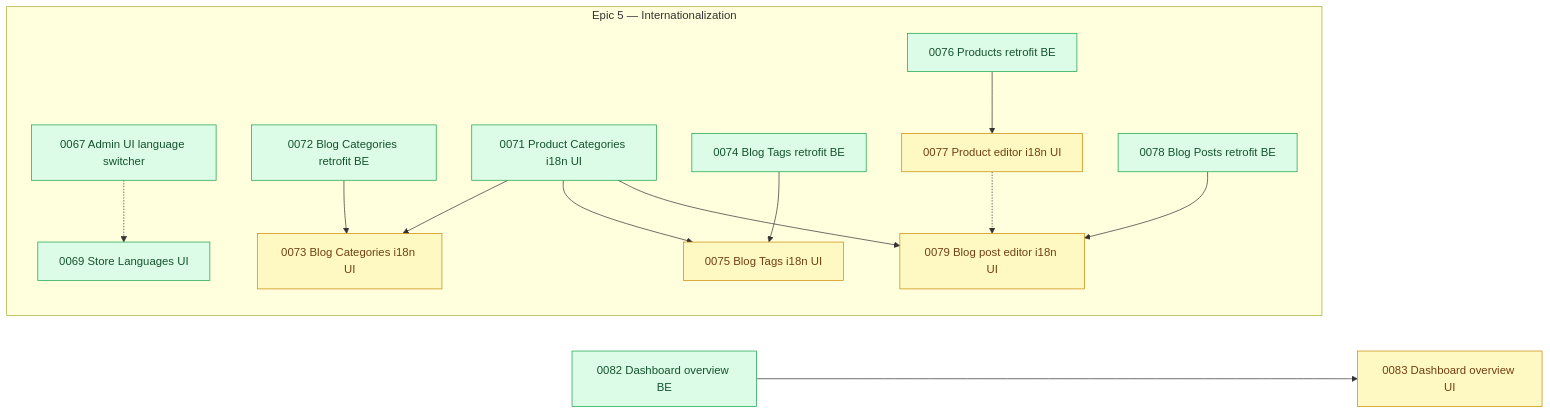
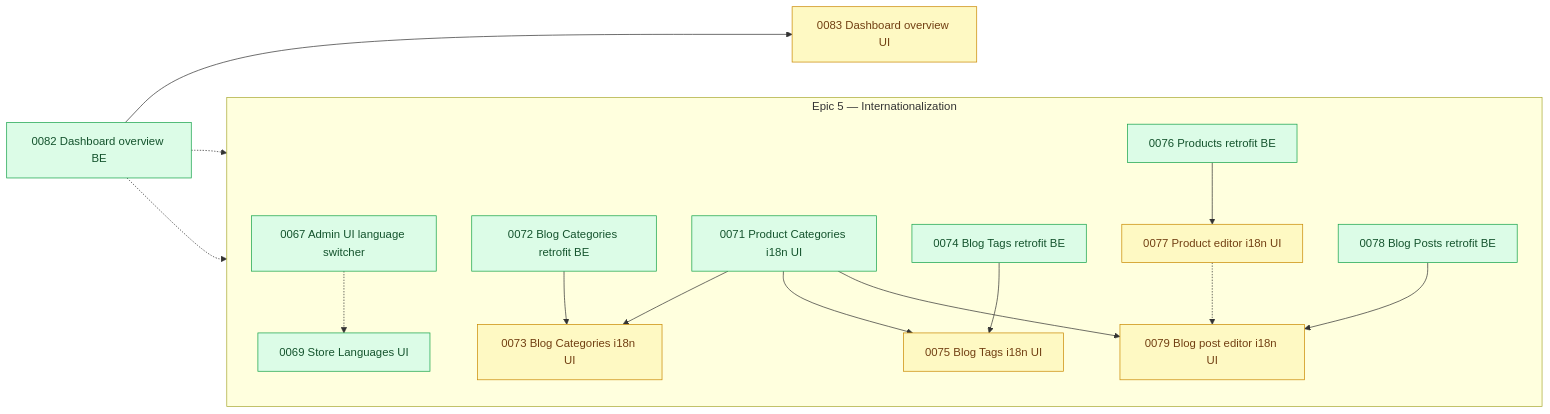
Before and after one commit to shojen/AI4Devs-finalproject: the diagram in arospe/ai-spec/tasks-map.md, drawn with Mermaid. The commit also changed other lines of this file and 3 other files, not shown here.

```diff
--- a/arospe/ai-spec/tasks-map.md
+++ b/arospe/ai-spec/tasks-map.md
@@ -521,6 +526,8 @@
     P0071 --> P0079
     P0077 -.-> P0079
     P0082 --> P0083
+    P0082 -.-> P0076
+    P0082 -.-> P0078
 
     class P0073,P0075,P0077,P0079,P0083 pending;
     class P0067,P0069,P0071,P0072,P0074,P0076,P0078,P0082 ready;
```
